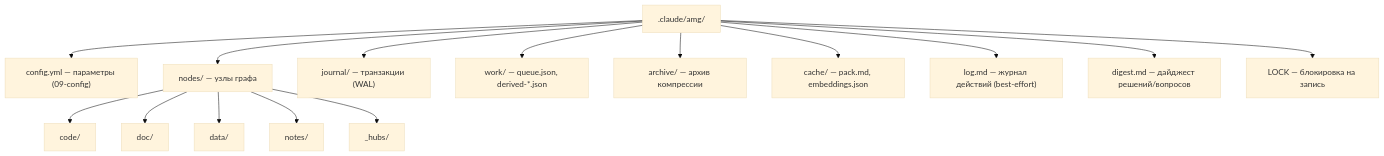
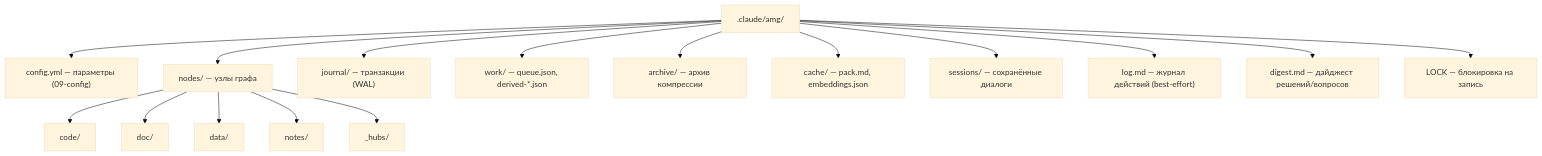
One commit to Kvazar123/llm-amg changed the second of 2 diagrams in docs/ru/architecture/02-data-model.md. Above: the diagram before and after it, drawn with Mermaid (base theme). The commit also changed other lines of this file and 10 other files, not shown here.

````diff
--- a/docs/ru/architecture/02-data-model.md
+++ b/docs/ru/architecture/02-data-model.md
@@ -187,17 +190,18 @@
 ```mermaid
 flowchart TD
     R[".claude/amg/"] --> CFG["config.yml — параметры (09-config)"]
     R --> N["nodes/ — узлы графа"]
     R --> J["journal/ — транзакции (WAL)"]
     R --> W["work/ — queue.json, derived-*.json"]
     R --> A["archive/ — архив компрессии"]
     R --> CA["cache/ — pack.md, embeddings.json"]
+    R --> SE["sessions/ — сохранённые диалоги"]
     R --> LG["log.md — журнал действий (best-effort)"]
     R --> DG["digest.md — дайджест решений/вопросов"]
     R --> L["LOCK — блокировка на запись"]
     N --> NC["code/"]
     N --> ND["doc/"]
     N --> NA["data/"]
     N --> NN["notes/"]
     N --> NH["_hubs/"]
 ```
````
